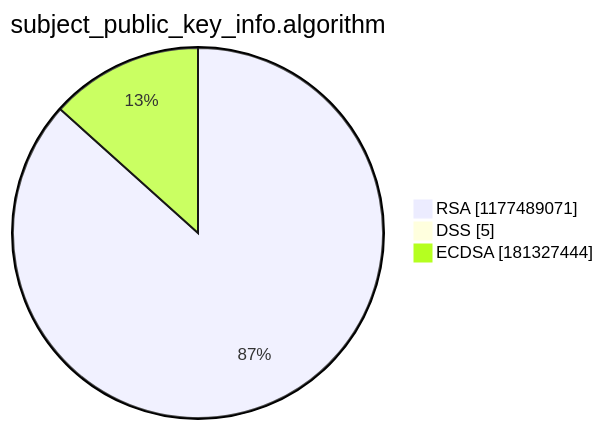
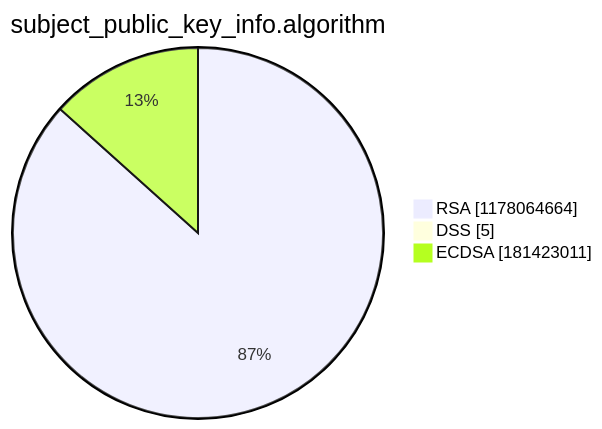
Before and after one commit to christiankrug/ctmonitor_visualization: the third of 15 diagrams in argon2022/README.md, drawn with Mermaid. The commit also changed other lines of this file, not shown here.

````diff
--- a/argon2022/README.md
+++ b/argon2022/README.md
@@ -14,7 +14,7 @@
 ```mermaid
 pie showData
 title subject_public_key_info.algorithm
-"RSA" :1177489071
+"RSA" :1178064664
 "DSS" :5
-"ECDSA" :181327444
+"ECDSA" :181423011
 ```
````
